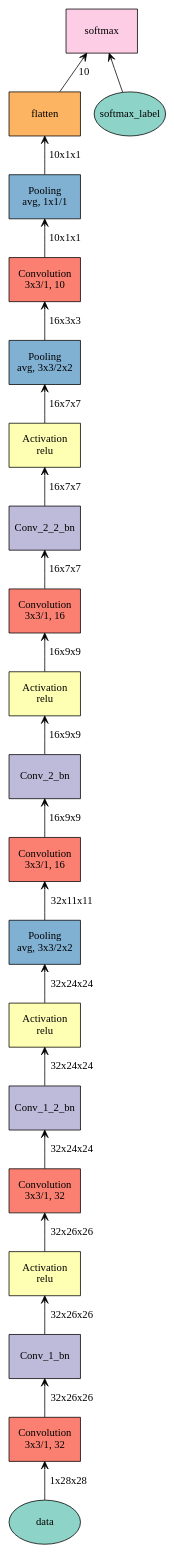
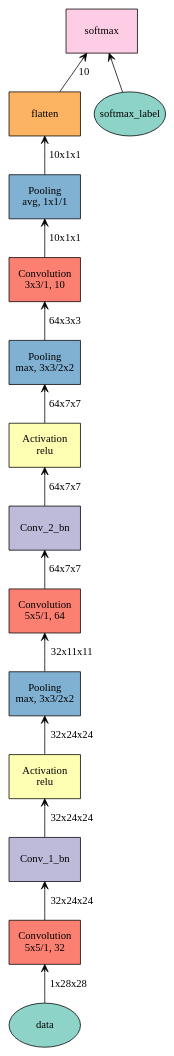
The diagram in MNIST_trial/plot.gv (truebruce/MXnet_trial_mnist), drawn with Graphviz before and after one commit. The commit also changed 3 other files, not shown here.

```diff
--- a/MNIST_trial/plot.gv
+++ b/MNIST_trial/plot.gv
@@ -1,41 +1,29 @@
 digraph plot {
 	data [label=data fillcolor="#8dd3c7" fixedsize=true height=0.8034 shape=oval style=filled width=1.3]
-	Conv_1 [label="Convolution\n3x3/1, 32" fillcolor="#fb8072" fixedsize=true height=0.8034 shape=box style=filled width=1.3]
+	Conv_1 [label="Convolution\n5x5/1, 32" fillcolor="#fb8072" fixedsize=true height=0.8034 shape=box style=filled width=1.3]
 	Conv_1_bn [label=Conv_1_bn fillcolor="#bebada" fixedsize=true height=0.8034 shape=box style=filled width=1.3]
 	Conv_1_act [label="Activation\nrelu" fillcolor="#ffffb3" fixedsize=true height=0.8034 shape=box style=filled width=1.3]
-	Conv_1_2 [label="Convolution\n3x3/1, 32" fillcolor="#fb8072" fixedsize=true height=0.8034 shape=box style=filled width=1.3]
-	Conv_1_2_bn [label=Conv_1_2_bn fillcolor="#bebada" fixedsize=true height=0.8034 shape=box style=filled width=1.3]
-	Conv_1_2_act [label="Activation\nrelu" fillcolor="#ffffb3" fixedsize=true height=0.8034 shape=box style=filled width=1.3]
-	Conv_1_pooling [label="Pooling\navg, 3x3/2x2" fillcolor="#80b1d3" fixedsize=true height=0.8034 shape=box style=filled width=1.3]
-	Conv_2 [label="Convolution\n3x3/1, 16" fillcolor="#fb8072" fixedsize=true height=0.8034 shape=box style=filled width=1.3]
+	Conv_1_pooling [label="Pooling\nmax, 3x3/2x2" fillcolor="#80b1d3" fixedsize=true height=0.8034 shape=box style=filled width=1.3]
+	Conv_2 [label="Convolution\n5x5/1, 64" fillcolor="#fb8072" fixedsize=true height=0.8034 shape=box style=filled width=1.3]
 	Conv_2_bn [label=Conv_2_bn fillcolor="#bebada" fixedsize=true height=0.8034 shape=box style=filled width=1.3]
 	Conv_2_act [label="Activation\nrelu" fillcolor="#ffffb3" fixedsize=true height=0.8034 shape=box style=filled width=1.3]
-	Conv_2_2 [label="Convolution\n3x3/1, 16" fillcolor="#fb8072" fixedsize=true height=0.8034 shape=box style=filled width=1.3]
-	Conv_2_2_bn [label=Conv_2_2_bn fillcolor="#bebada" fixedsize=true height=0.8034 shape=box style=filled width=1.3]
-	Conv_2_2_act [label="Activation\nrelu" fillcolor="#ffffb3" fixedsize=true height=0.8034 shape=box style=filled width=1.3]
-	Conv_2_pooling [label="Pooling\navg, 3x3/2x2" fillcolor="#80b1d3" fixedsize=true height=0.8034 shape=box style=filled width=1.3]
+	Conv_2_pooling [label="Pooling\nmax, 3x3/2x2" fillcolor="#80b1d3" fixedsize=true height=0.8034 shape=box style=filled width=1.3]
 	Conv_3 [label="Convolution\n3x3/1, 10" fillcolor="#fb8072" fixedsize=true height=0.8034 shape=box style=filled width=1.3]
 	Conv_3_pooling [label="Pooling\navg, 1x1/1" fillcolor="#80b1d3" fixedsize=true height=0.8034 shape=box style=filled width=1.3]
 	flatten [label=flatten fillcolor="#fdb462" fixedsize=true height=0.8034 shape=box style=filled width=1.3]
 	softmax_label [label=softmax_label fillcolor="#8dd3c7" fixedsize=true height=0.8034 shape=oval style=filled width=1.3]
 	softmax [label=softmax fillcolor="#fccde5" fixedsize=true height=0.8034 shape=box style=filled width=1.3]
 	Conv_1 -> data [label="1x28x28" arrowtail=open dir=back]
-	Conv_1_bn -> Conv_1 [label="32x26x26" arrowtail=open dir=back]
-	Conv_1_act -> Conv_1_bn [label="32x26x26" arrowtail=open dir=back]
-	Conv_1_2 -> Conv_1_act [label="32x26x26" arrowtail=open dir=back]
-	Conv_1_2_bn -> Conv_1_2 [label="32x24x24" arrowtail=open dir=back]
-	Conv_1_2_act -> Conv_1_2_bn [label="32x24x24" arrowtail=open dir=back]
-	Conv_1_pooling -> Conv_1_2_act [label="32x24x24" arrowtail=open dir=back]
+	Conv_1_bn -> Conv_1 [label="32x24x24" arrowtail=open dir=back]
+	Conv_1_act -> Conv_1_bn [label="32x24x24" arrowtail=open dir=back]
+	Conv_1_pooling -> Conv_1_act [label="32x24x24" arrowtail=open dir=back]
 	Conv_2 -> Conv_1_pooling [label="32x11x11" arrowtail=open dir=back]
-	Conv_2_bn -> Conv_2 [label="16x9x9" arrowtail=open dir=back]
-	Conv_2_act -> Conv_2_bn [label="16x9x9" arrowtail=open dir=back]
-	Conv_2_2 -> Conv_2_act [label="16x9x9" arrowtail=open dir=back]
-	Conv_2_2_bn -> Conv_2_2 [label="16x7x7" arrowtail=open dir=back]
-	Conv_2_2_act -> Conv_2_2_bn [label="16x7x7" arrowtail=open dir=back]
-	Conv_2_pooling -> Conv_2_2_act [label="16x7x7" arrowtail=open dir=back]
-	Conv_3 -> Conv_2_pooling [label="16x3x3" arrowtail=open dir=back]
+	Conv_2_bn -> Conv_2 [label="64x7x7" arrowtail=open dir=back]
+	Conv_2_act -> Conv_2_bn [label="64x7x7" arrowtail=open dir=back]
+	Conv_2_pooling -> Conv_2_act [label="64x7x7" arrowtail=open dir=back]
+	Conv_3 -> Conv_2_pooling [label="64x3x3" arrowtail=open dir=back]
 	Conv_3_pooling -> Conv_3 [label="10x1x1" arrowtail=open dir=back]
 	flatten -> Conv_3_pooling [label="10x1x1" arrowtail=open dir=back]
 	softmax -> flatten [label=10 arrowtail=open dir=back]
 	softmax -> softmax_label [label="" arrowtail=open dir=back]
 }
```
